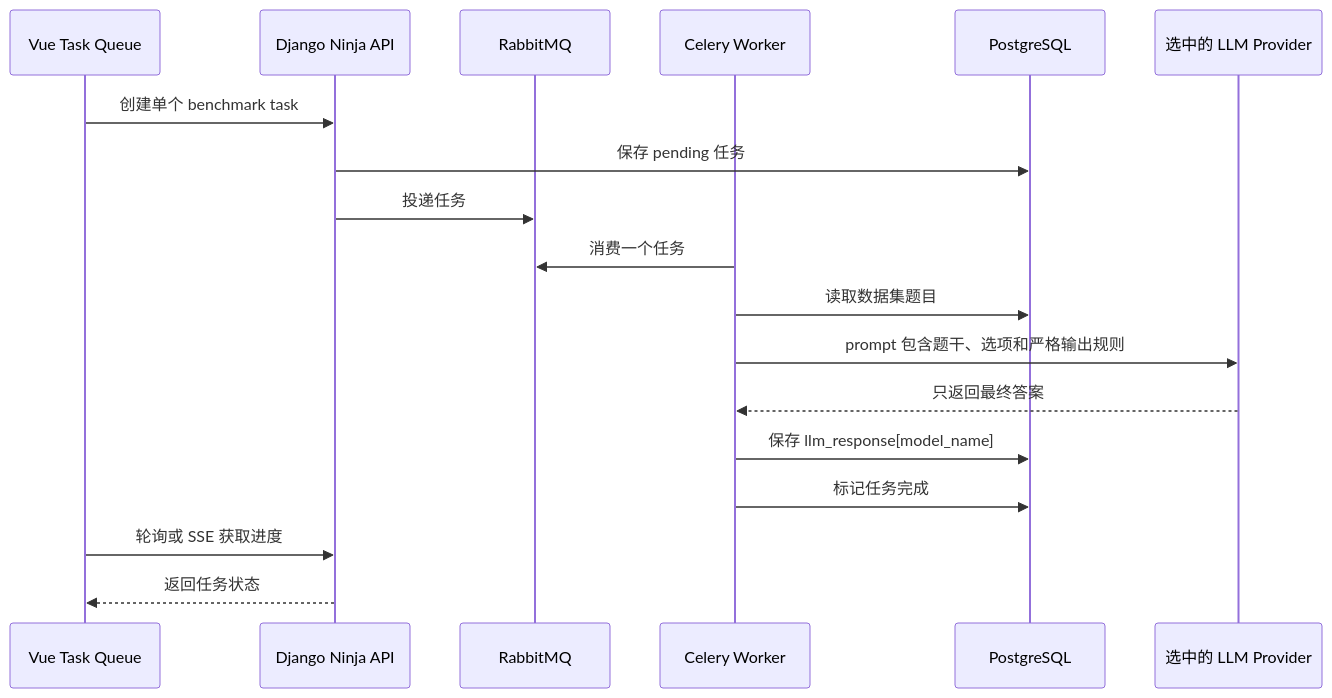
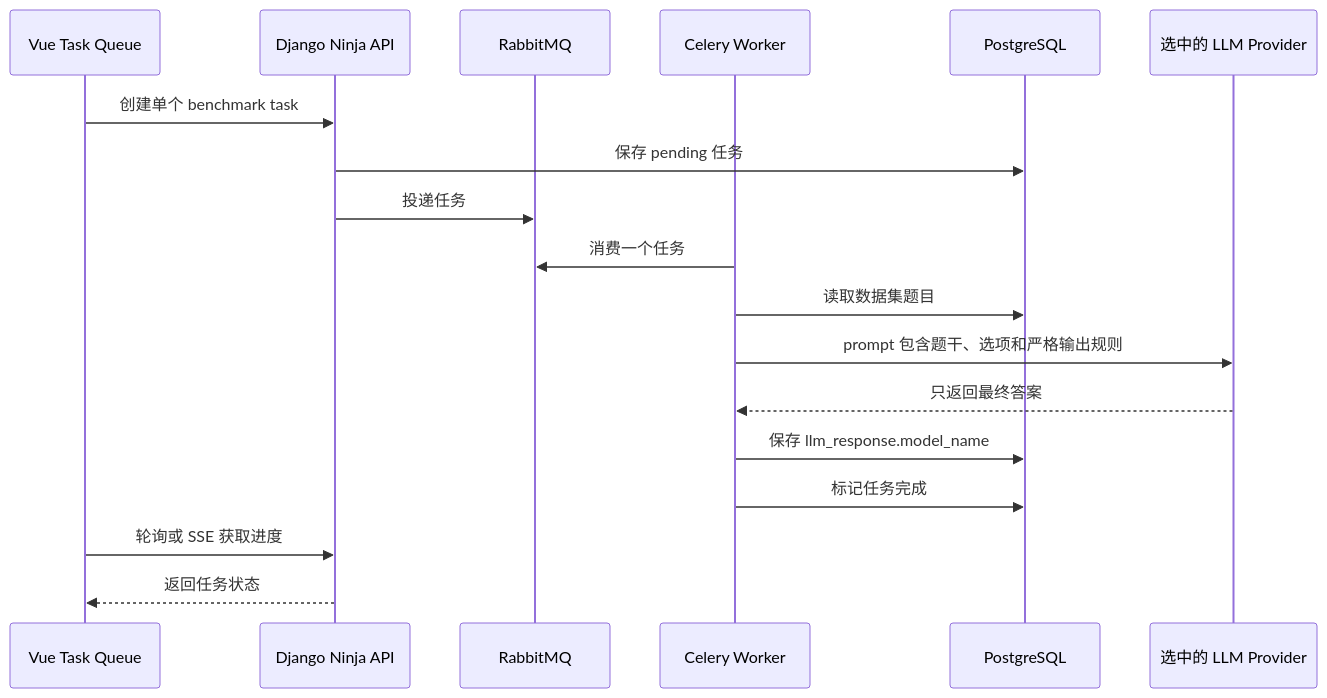
One commit to billzi2016/LLM-Benchmark-Studio changed the fifth of 13 diagrams in docs/mermaid-flows-cn.md. Above: the diagram before and after it, drawn with Mermaid. The commit also changed other lines of this file and 22 other files, not shown here.

````diff
--- a/docs/mermaid-flows-cn.md
+++ b/docs/mermaid-flows-cn.md
@@ -89,21 +89,21 @@
 ```mermaid
 sequenceDiagram
   participant UI as Vue Task Queue
   participant API as Django Ninja API
   participant MQ as RabbitMQ
   participant Worker as Celery Worker
   participant DB as PostgreSQL
   participant LLM as 选中的 LLM Provider
 
   UI->>API: 创建单个 benchmark task
   API->>DB: 保存 pending 任务
   API->>MQ: 投递任务
   Worker->>MQ: 消费一个任务
   Worker->>DB: 读取数据集题目
   Worker->>LLM: prompt 包含题干、选项和严格输出规则
   LLM-->>Worker: 只返回最终答案
-  Worker->>DB: 保存 llm_response[model_name]
+  Worker->>DB: 保存 llm_response.model_name
   Worker->>DB: 标记任务完成
   UI->>API: 轮询或 SSE 获取进度
   API-->>UI: 返回任务状态
 ```
````
